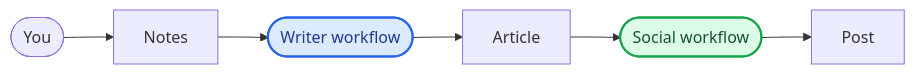
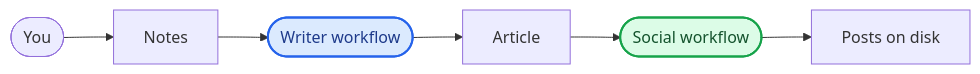
Before and after one commit to foxbit19/agentic-writer: the diagram in README.md, drawn with Mermaid. The commit also changed other lines of this file and 3 other files, not shown here.

````diff
--- a/README.md
+++ b/README.md
@@ -5,7 +5,7 @@
 ```mermaid
 flowchart LR
-    you([You]) --> notes[Notes] --> writer([Writer workflow]) --> article[Article] --> social([Social workflow]) --> post[Post]
+    you([You]) --> notes[Notes] --> writer([Writer workflow]) --> article[Article] --> social([Social workflow]) --> posts[Posts on disk]
 
     style writer fill:#dbeafe,stroke:#2563eb,stroke-width:2px,color:#1e3a8a
     style social fill:#dcfce7,stroke:#16a34a,stroke-width:2px,color:#14532d
 ```
````
